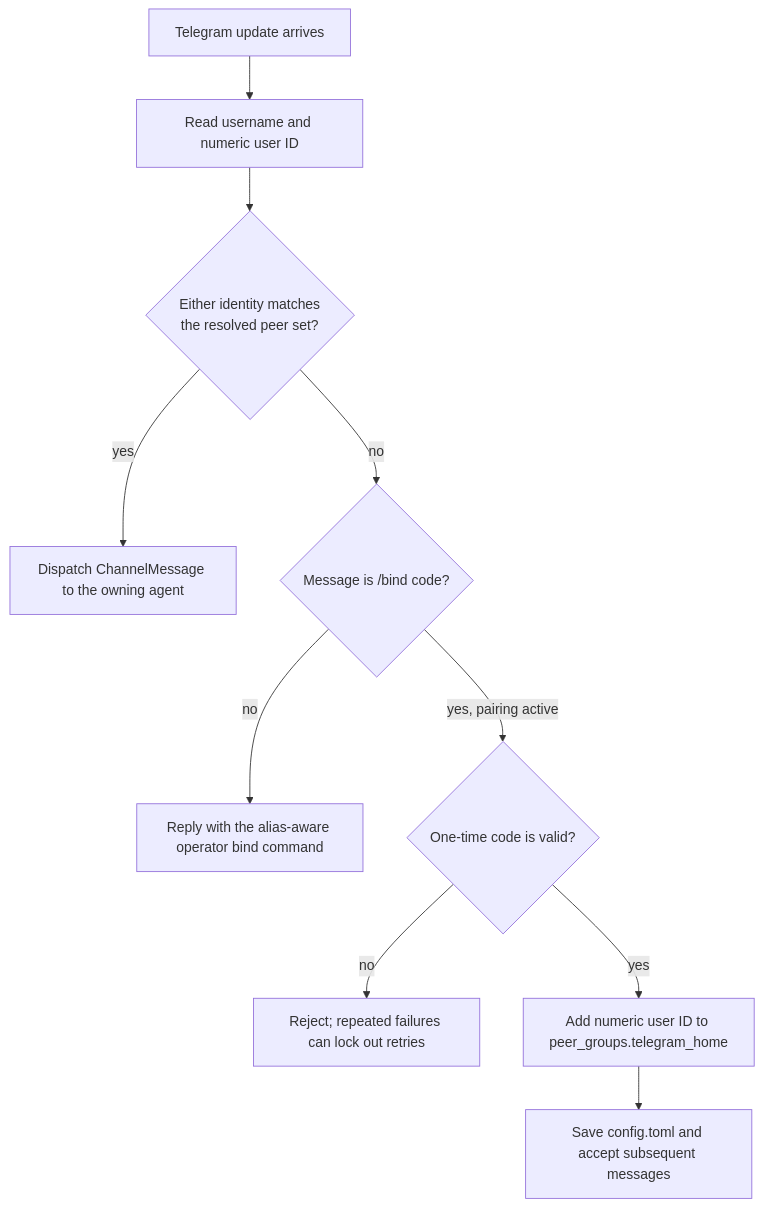
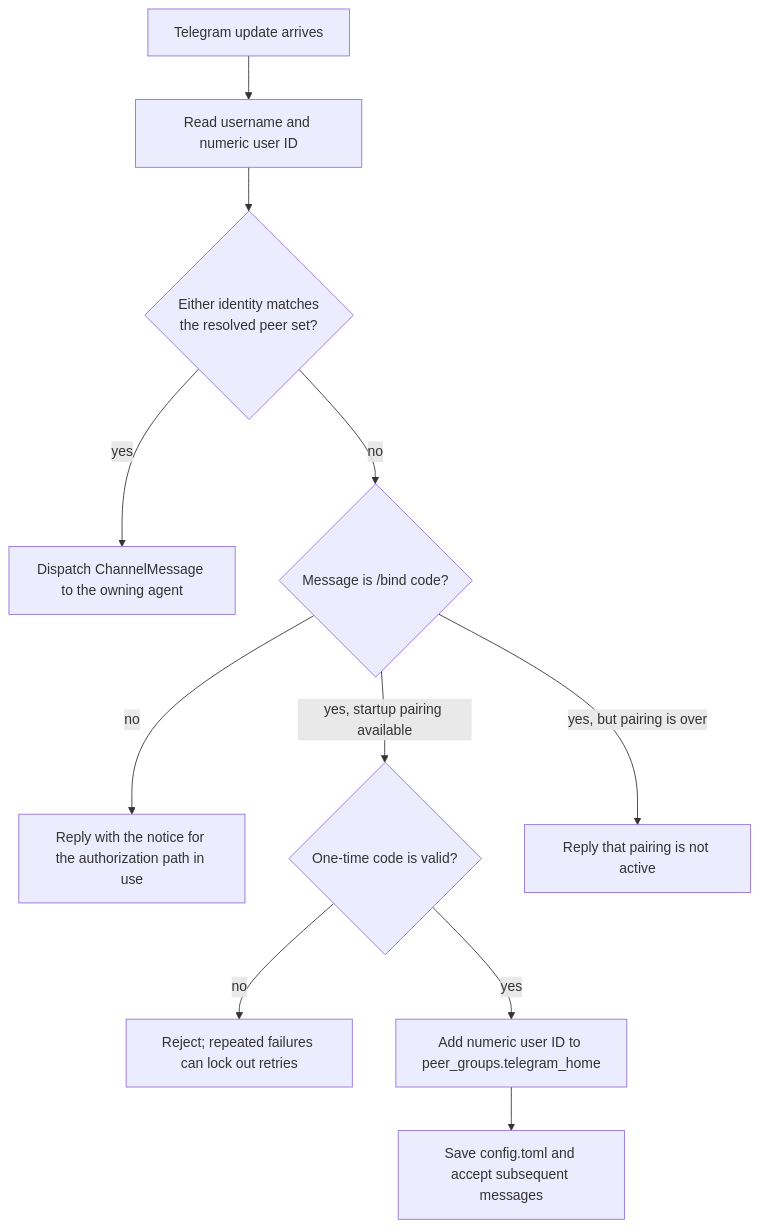
The second of 2 diagrams in docs/book/src/channels/telegram.md (zeroclaw-labs/zeroclaw), drawn with Mermaid before and after one commit. The commit also changed other lines of this file and 1 other file, not shown here.

First line of the commit message:
fix(channels): gate Telegram code redemption on live pairing state

````diff
--- a/docs/book/src/channels/telegram.md
+++ b/docs/book/src/channels/telegram.md
@@ -196,12 +196,13 @@
 ```mermaid
 flowchart TD
     S["Telegram update arrives"] --> I["Read username and numeric user ID"]
     I --> M{"Either identity matches<br/>the resolved peer set?"}
     M -->|"yes"| D["Dispatch ChannelMessage to the owning agent"]
     M -->|"no"| B{"Message is /bind code?"}
-    B -->|"no"| H["Reply with the alias-aware operator bind command"]
-    B -->|"yes, pairing active"| V{"One-time code is valid?"}
+    B -->|"no"| H["Reply with the notice for the authorization path in use"]
+    B -->|"yes, startup pairing available"| V{"One-time code is valid?"}
+    B -->|"yes, but pairing is over"| N["Reply that pairing is not active"]
     V -->|"no"| X["Reject; repeated failures can lock out retries"]
     V -->|"yes"| P["Add numeric user ID to peer_groups.telegram_home"]
     P --> W["Save config.toml and accept subsequent messages"]
 ```
````
